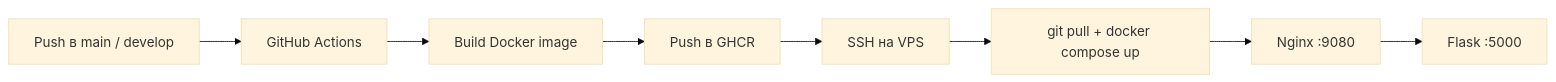
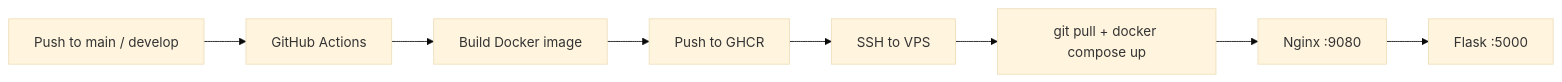
The diagram in README.md (nifontovoleg/flask-api-action), drawn with Mermaid (base theme) before and after one commit. The commit also changed other lines of this file and 5 other files, not shown here.

````diff
--- a/README.md
+++ b/README.md
@@ -78,10 +78,10 @@
 ```mermaid
 flowchart LR
-  A[Push в main / develop] --> B[GitHub Actions]
+  A[Push to main / develop] --> B[GitHub Actions]
   B --> C[Build Docker image]
-  C --> D[Push в GHCR]
-  D --> E[SSH на VPS]
+  C --> D[Push to GHCR]
+  D --> E[SSH to VPS]
   E --> F[git pull + docker compose up]
   F --> G[Nginx :9080]
   G --> H[Flask :5000]
 ```
````
